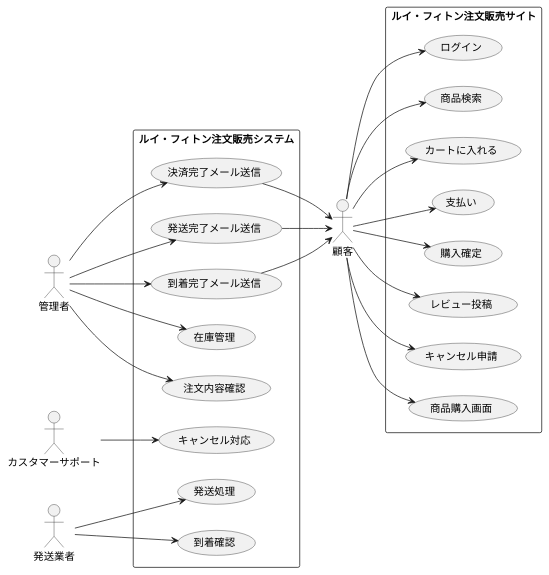
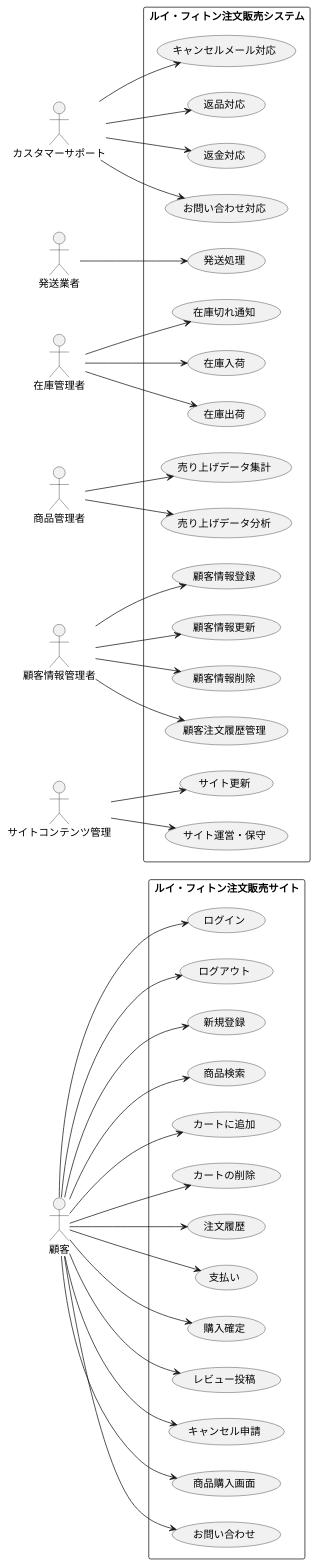
One commit to mameiku/group3-4 changed the diagram in ecommerce_usecase.pu. Above: the diagram before and after it, drawn with PlantUML.

Commit message:
ユースケース図更新

```diff
--- a/ecommerce_usecase.pu
+++ b/ecommerce_usecase.pu
@@ -1,67 +1,98 @@
 @startuml
 left to right direction
 
 actor 顧客
-actor 管理者
 actor カスタマーサポート
 actor 発送業者
+actor 在庫管理者
+actor 商品管理者
+actor 顧客情報管理者
+actor サイトコンテンツ管理
 
 rectangle "ルイ・フィトン注文販売システム" {
 
   ' --- 管理者 ---
-  (在庫管理)
-  (注文内容確認)
   (発送処理)
-  (到着確認)
-  (キャンセル対応)
 
-  ' --- システム自動処理 ---
-  (決済完了メール送信)
-  (発送完了メール送信)
-  (到着完了メール送信)
+  (キャンセルメール対応)
+  (返品対応)
+  (返金対応)
+  (お問い合わせ対応)
+
+  (在庫入荷)
+  (在庫出荷)
+  (在庫切れ通知)
+
+  (売り上げデータ集計)
+  (売り上げデータ分析)
+
+  '--- 顧客情報管理者 ---
+  (顧客情報登録)
+  (顧客情報更新)
+  (顧客情報削除)
+  (顧客注文履歴管理)
+
+  (サイト更新)
+  (サイト運営・保守)
+
 }
 
 
 rectangle "ルイ・フィトン注文販売サイト" {
     ' --- 顧客 ---
   (ログイン)
+  (ログアウト)
+  (新規登録)
   (商品検索)
-  (カートに入れる)
+  (カートに追加)
+  (カートの削除)
+  (注文履歴)
   (支払い)
   (購入確定)
   (レビュー投稿)
   (キャンセル申請)
   (商品購入画面)
+  (お問い合わせ)
 }
 
 
 ' 顧客の動き
 顧客 --> (ログイン)
+顧客 --> (ログアウト)
 顧客 --> (商品検索)
-顧客 --> (カートに入れる)
+顧客 --> (カートに追加)
+顧客 --> (カートの削除)
+顧客 --> (注文履歴)
+顧客 --> (新規登録)
 顧客 --> (支払い)
 顧客 --> (購入確定)
 顧客 --> (レビュー投稿)
 顧客 --> (キャンセル申請)
 顧客 --> (商品購入画面)
+顧客 --> (お問い合わせ)
 
 ' 管理者などの動き
-管理者 --> (在庫管理)
-管理者 --> (注文内容確認)
-' システムの自動処理
-管理者 --> (決済完了メール送信)
-管理者 --> (発送完了メール送信)
-管理者 --> (到着完了メール送信)
+在庫管理者 --> (在庫入荷)
+在庫管理者 --> (在庫出荷)
+在庫管理者 --> (在庫切れ通知)
+
+商品管理者 --> (売り上げデータ集計)
+商品管理者 --> (売り上げデータ分析)
+
 '発送業者とカスタマーサポートの追加
 発送業者 --> (発送処理)
-発送業者 --> (到着確認)
-カスタマーサポート --> (キャンセル対応)
 
+カスタマーサポート --> (キャンセルメール対応)
+カスタマーサポート --> (返品対応)
+カスタマーサポート --> (返金対応)
+カスタマーサポート --> (お問い合わせ対応)
 
+顧客情報管理者 --> (顧客情報登録)
+顧客情報管理者 --> (顧客情報更新)
+顧客情報管理者 --> (顧客情報削除)
+顧客情報管理者 --> (顧客注文履歴管理)
 
-' 自動処理の結果は顧客に通知
-(決済完了メール送信) --> 顧客
-(発送完了メール送信) --> 顧客
-(到着完了メール送信) --> 顧客
+サイトコンテンツ管理 --> (サイト更新)
+サイトコンテンツ管理 --> (サイト運営・保守)
 
 @enduml
```
